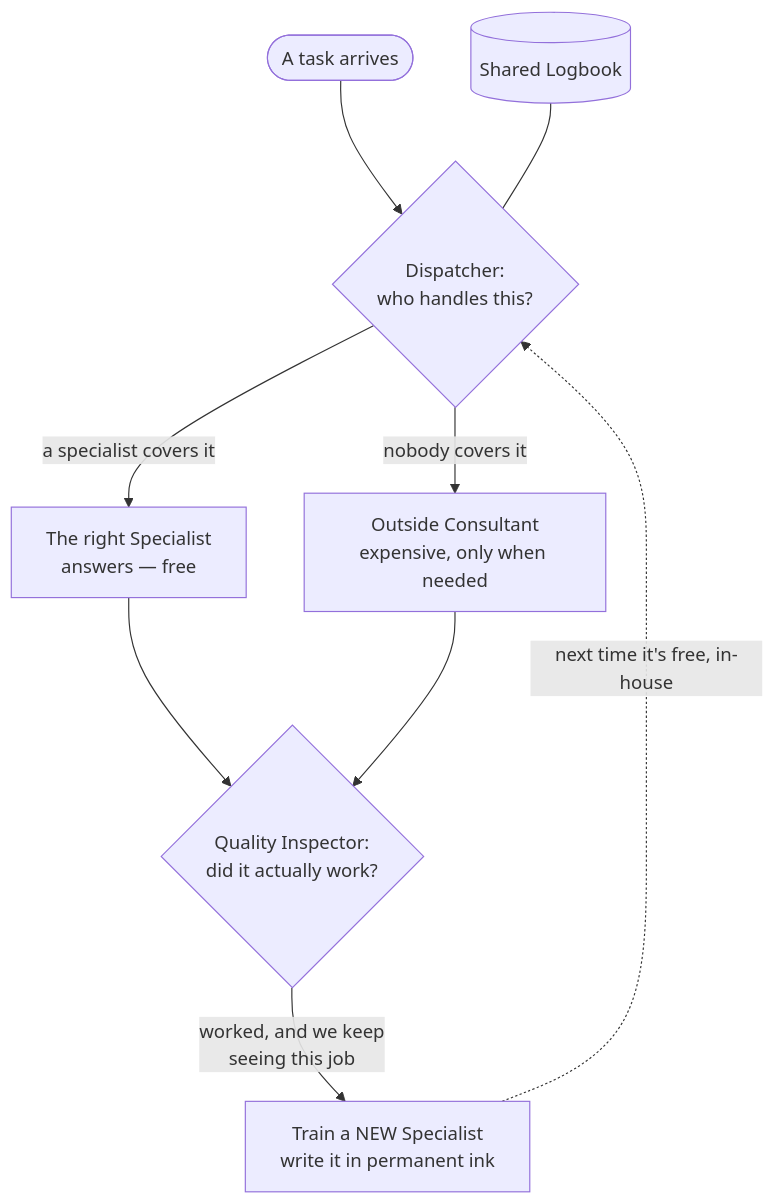
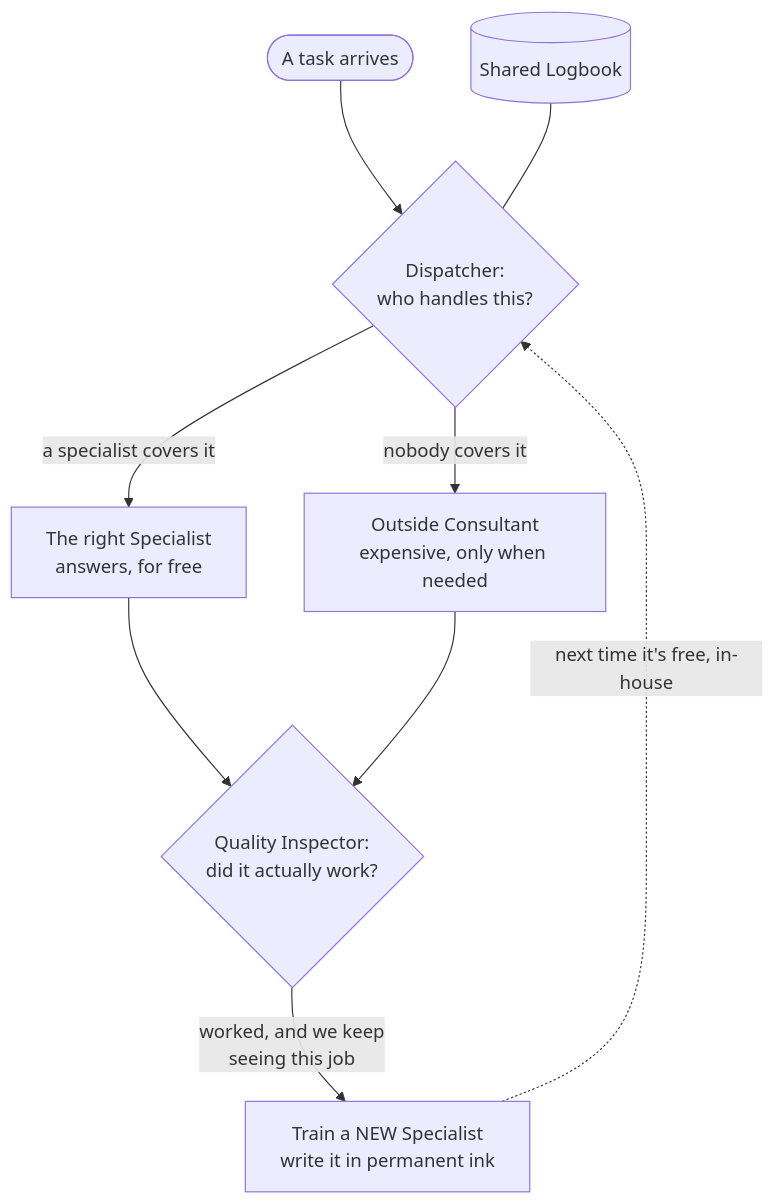
Before and after one commit to albedosehen/antumbra: the second of 4 diagrams in docs/antumbra-explained.md, drawn with Mermaid. The commit also changed other lines of this file and 118 other files, not shown here.

````diff
--- a/docs/antumbra-explained.md
+++ b/docs/antumbra-explained.md
@@ -83,11 +83,11 @@
 ```mermaid
 flowchart TD
     Job([A task arrives]) --> Disp{Dispatcher:<br/>who handles this?}
-    Disp -->|a specialist covers it| Spec[The right Specialist<br/>answers — free]
+    Disp -->|a specialist covers it| Spec[The right Specialist<br/>answers, for free]
     Disp -->|nobody covers it| Cons[Outside Consultant<br/>expensive, only when needed]
     Spec --> Insp{Quality Inspector:<br/>did it actually work?}
     Cons --> Insp
     Insp -->|worked, and we keep<br/>seeing this job| Train[Train a NEW Specialist<br/>write it in permanent ink]
     Train -.->|next time it's free, in-house| Disp
     Log[(Shared Logbook)] --- Disp
 ```
````
